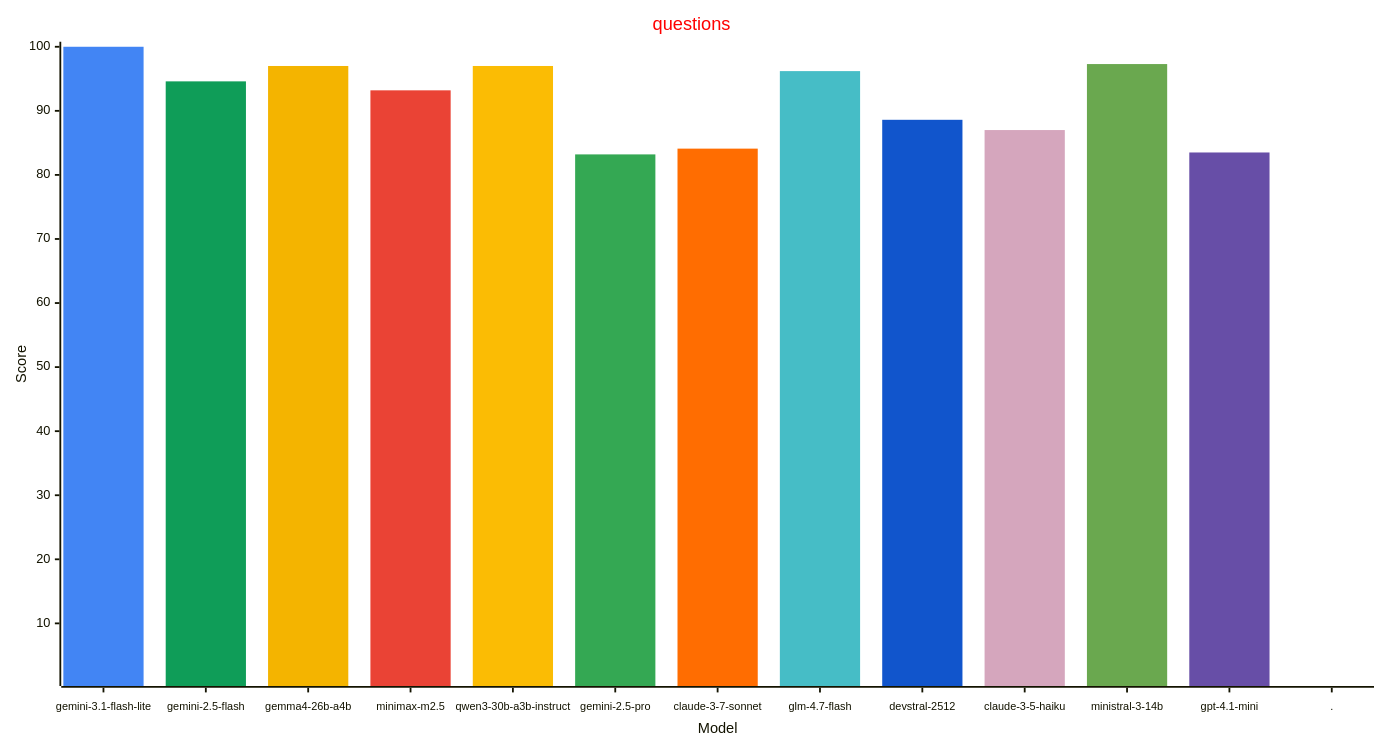
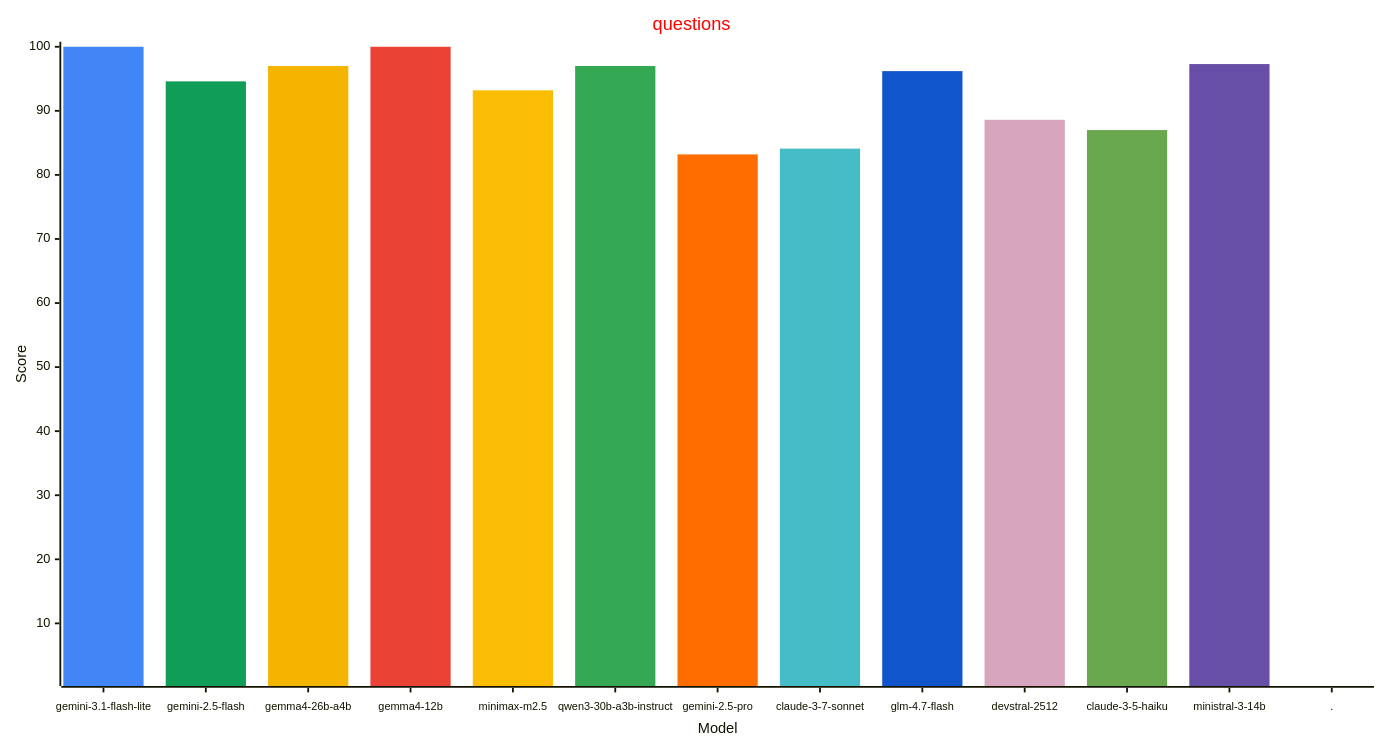
Before and after one commit to allenporter/home-assistant-datasets: the third of 4 diagrams in reports/README.md, drawn with Mermaid. The commit also changed other lines of this file and 1 other file, not shown here.

````diff
--- a/reports/README.md
+++ b/reports/README.md
@@ -169,33 +169,33 @@
 ```mermaid
 ---
 config:
     xyChart:
         width: 1500
         height: 800
         xAxis:
           labelFontSize: 12
           labelPadding: 8
     themeVariables:
         xyChart:
             titleColor: "#ff0000"
             plotColorPalette: "#4285f4, #0f9d58, #f4b400, #ea4335, #fbbc04, #34a853, #ff6d01, #46bdc6, #1155cc, #d5a6bd, #6aa84f, #674ea7, #4285f4"
 
 ---
 xychart-beta
   title "questions"
-  x-axis "Model" [gemini-3.1-flash-lite, gemini-2.5-flash, gemma4-26b-a4b, minimax-m2.5, qwen3-30b-a3b-instruct, gemini-2.5-pro, claude-3-7-sonnet, glm-4.7-flash, devstral-2512, claude-3-5-haiku, ministral-3-14b, gpt-4.1-mini, .]
+  x-axis "Model" [gemini-3.1-flash-lite, gemini-2.5-flash, gemma4-26b-a4b, gemma4-12b, minimax-m2.5, qwen3-30b-a3b-instruct, gemini-2.5-pro, claude-3-7-sonnet, glm-4.7-flash, devstral-2512, claude-3-5-haiku, ministral-3-14b, .]
   y-axis "Score" 1 --> 100
   bar [100.0, 0.0, 0.0, 0.0, 0.0, 0.0, 0.0, 0.0, 0.0, 0.0, 0.0, 0.0, 0.0]
   bar [0.0, 94.6, 0.0, 0.0, 0.0, 0.0, 0.0, 0.0, 0.0, 0.0, 0.0, 0.0, 0.0]
   bar [0.0, 0.0, 97.0, 0.0, 0.0, 0.0, 0.0, 0.0, 0.0, 0.0, 0.0, 0.0, 0.0]
-  bar [0.0, 0.0, 0.0, 93.2, 0.0, 0.0, 0.0, 0.0, 0.0, 0.0, 0.0, 0.0, 0.0]
-  bar [0.0, 0.0, 0.0, 0.0, 97.0, 0.0, 0.0, 0.0, 0.0, 0.0, 0.0, 0.0, 0.0]
-  bar [0.0, 0.0, 0.0, 0.0, 0.0, 83.2, 0.0, 0.0, 0.0, 0.0, 0.0, 0.0, 0.0]
-  bar [0.0, 0.0, 0.0, 0.0, 0.0, 0.0, 84.1, 0.0, 0.0, 0.0, 0.0, 0.0, 0.0]
-  bar [0.0, 0.0, 0.0, 0.0, 0.0, 0.0, 0.0, 96.2, 0.0, 0.0, 0.0, 0.0, 0.0]
-  bar [0.0, 0.0, 0.0, 0.0, 0.0, 0.0, 0.0, 0.0, 88.6, 0.0, 0.0, 0.0, 0.0]
-  bar [0.0, 0.0, 0.0, 0.0, 0.0, 0.0, 0.0, 0.0, 0.0, 87.0, 0.0, 0.0, 0.0]
-  bar [0.0, 0.0, 0.0, 0.0, 0.0, 0.0, 0.0, 0.0, 0.0, 0.0, 97.3, 0.0, 0.0]
-  bar [0.0, 0.0, 0.0, 0.0, 0.0, 0.0, 0.0, 0.0, 0.0, 0.0, 0.0, 83.5, 0.0]
+  bar [0.0, 0.0, 0.0, 100.0, 0.0, 0.0, 0.0, 0.0, 0.0, 0.0, 0.0, 0.0, 0.0]
+  bar [0.0, 0.0, 0.0, 0.0, 93.2, 0.0, 0.0, 0.0, 0.0, 0.0, 0.0, 0.0, 0.0]
+  bar [0.0, 0.0, 0.0, 0.0, 0.0, 97.0, 0.0, 0.0, 0.0, 0.0, 0.0, 0.0, 0.0]
+  bar [0.0, 0.0, 0.0, 0.0, 0.0, 0.0, 83.2, 0.0, 0.0, 0.0, 0.0, 0.0, 0.0]
+  bar [0.0, 0.0, 0.0, 0.0, 0.0, 0.0, 0.0, 84.1, 0.0, 0.0, 0.0, 0.0, 0.0]
+  bar [0.0, 0.0, 0.0, 0.0, 0.0, 0.0, 0.0, 0.0, 96.2, 0.0, 0.0, 0.0, 0.0]
+  bar [0.0, 0.0, 0.0, 0.0, 0.0, 0.0, 0.0, 0.0, 0.0, 88.6, 0.0, 0.0, 0.0]
+  bar [0.0, 0.0, 0.0, 0.0, 0.0, 0.0, 0.0, 0.0, 0.0, 0.0, 87.0, 0.0, 0.0]
+  bar [0.0, 0.0, 0.0, 0.0, 0.0, 0.0, 0.0, 0.0, 0.0, 0.0, 0.0, 97.3, 0.0]
   bar [0.0, 0.0, 0.0, 0.0, 0.0, 0.0, 0.0, 0.0, 0.0, 0.0, 0.0, 0.0, -1.0]
 ```
````
